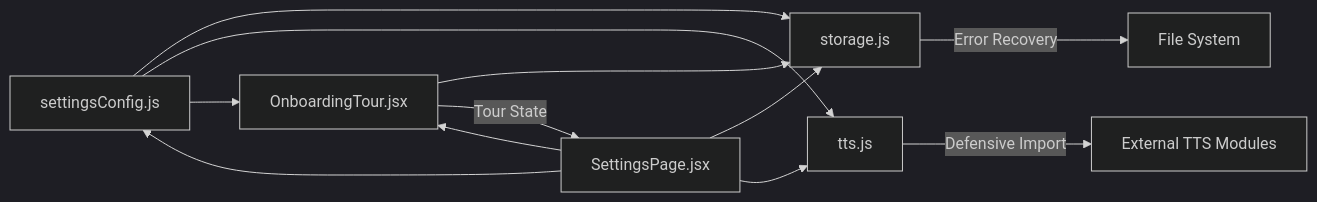
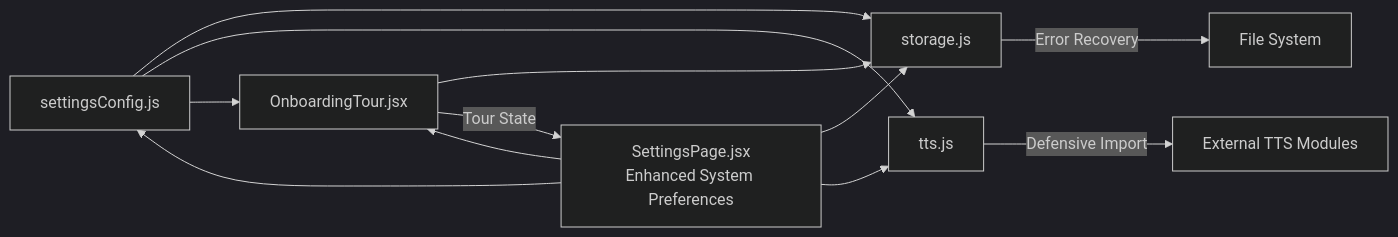
The fourth of 6 diagrams in .qoder/repowiki/en/content/Utility Libraries/Settings Configuration.md (zmyeo54/briefroom), drawn with Mermaid (dark theme) before and after one commit. The commit also changed other lines of this file and 32 other files, not shown here.

````diff
--- a/.qoder/repowiki/en/content/Utility Libraries/Settings Configuration.md
+++ b/.qoder/repowiki/en/content/Utility Libraries/Settings Configuration.md
@@ -358,14 +420,14 @@
 ```mermaid
 graph LR
 SC["settingsConfig.js"] --> ST["storage.js"]
 SC --> TT["tts.js"]
 SC --> OT["OnboardingTour.jsx"]
-SP["SettingsPage.jsx"] --> SC
+SP["SettingsPage.jsx<br/>Enhanced System Preferences"] --> SC
 SP --> ST
 SP --> OT
 SP --> TT
 OT --> ST
 OT --> |Tour State| SP
 TT --> |Defensive Import| Ext["External TTS Modules"]
 ST --> |Error Recovery| FS["File System"]
 ```
````
